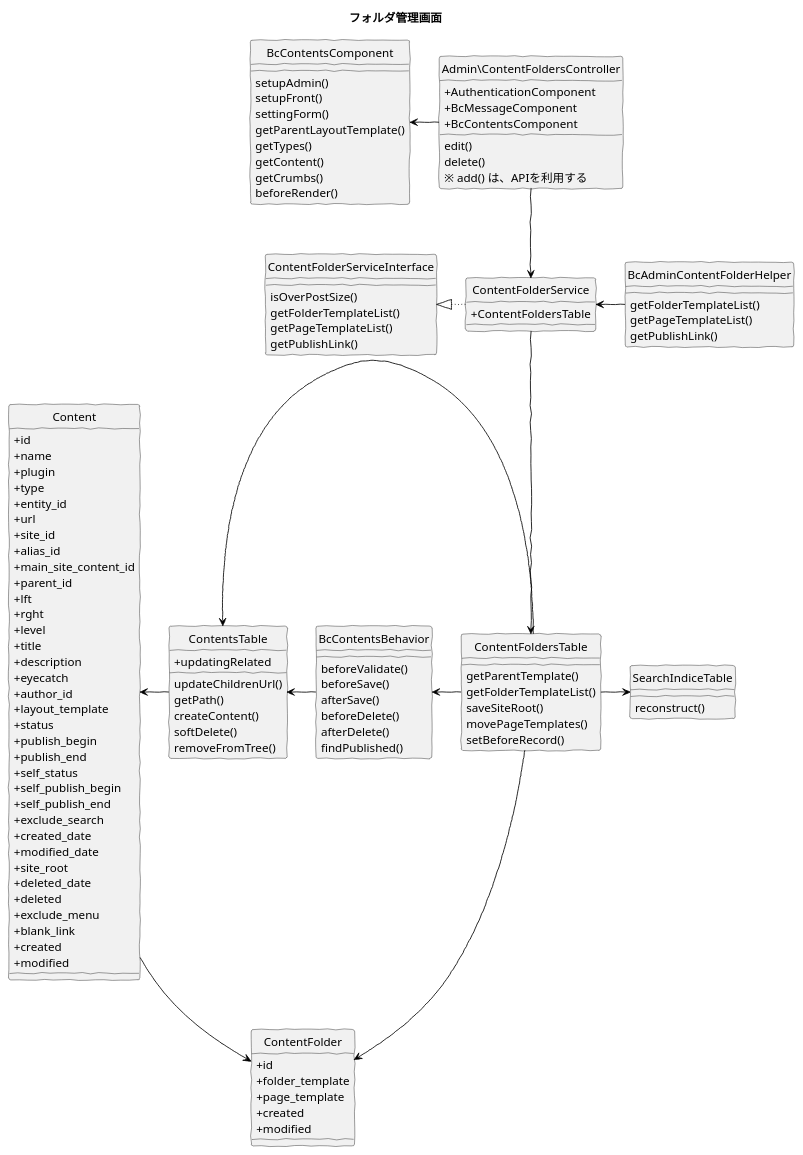
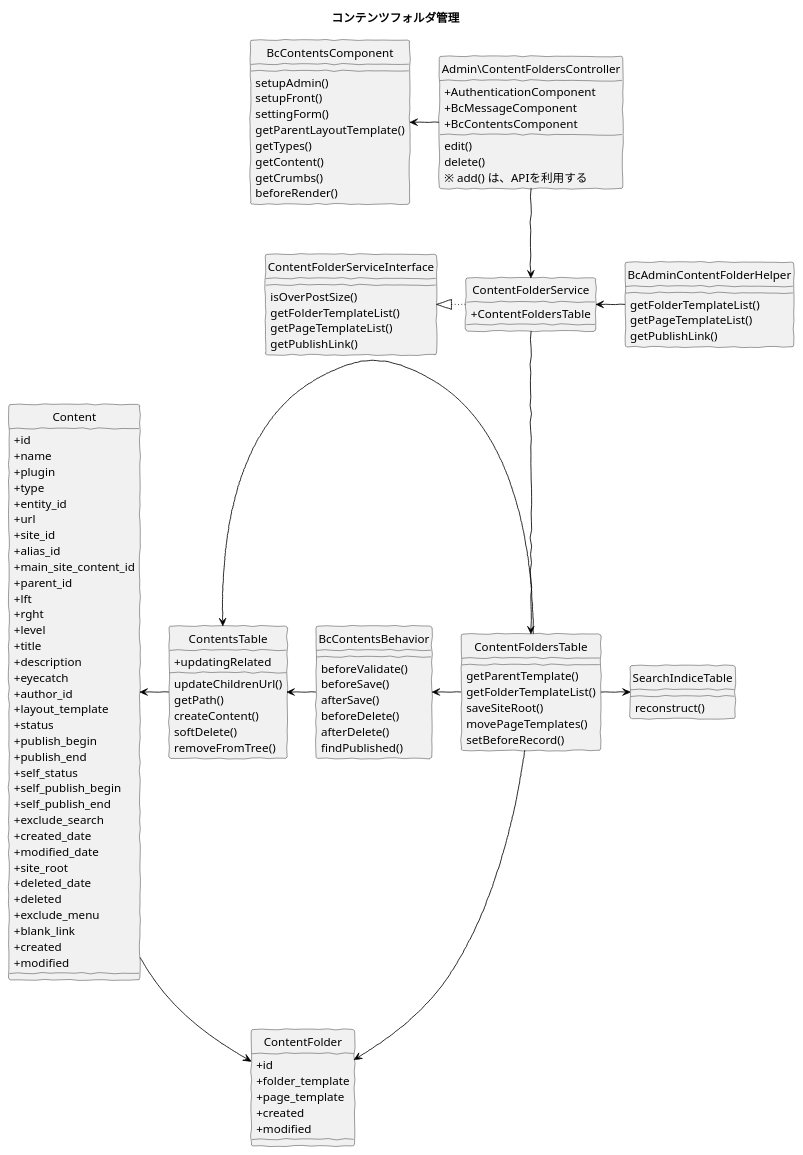
Before and after one commit to baserproject/baserproject.github.io: the diagram in src/puml/5/ucmitz/class/manage_content_folders.puml, drawn with PlantUML. The commit also changed 18 other files, not shown here.

```diff
--- a/src/puml/5/ucmitz/class/manage_content_folders.puml
+++ b/src/puml/5/ucmitz/class/manage_content_folders.puml
@@ -1,139 +1,139 @@
 @startuml
 skinparam handwritten true
 hide circle
 skinparam classAttributeIconSize 0
 
-title フォルダ管理画面
+title コンテンツフォルダ管理
 
 class BcContentsComponent {
     setupAdmin()
     setupFront()
     settingForm()
     getParentLayoutTemplate()
     getTypes()
     getContent()
     getCrumbs()
     beforeRender()
 }
 
 class Admin\ContentFoldersController {
     + AuthenticationComponent
     + BcMessageComponent
     + BcContentsComponent
     edit()
     delete()
     ※ add() は、APIを利用する
 }
 
 class BcAdminContentFolderHelper {
     getFolderTemplateList()
     getPageTemplateList()
     getPublishLink()
 }
 
 class ContentFolderService {
     + ContentFoldersTable
 }
 
 class ContentFolderServiceInterface {
     isOverPostSize()
     getFolderTemplateList()
     getPageTemplateList()
     getPublishLink()
 }
 
 class ContentFoldersTable {
     getParentTemplate()
     getFolderTemplateList()
     saveSiteRoot()
     movePageTemplates()
     setBeforeRecord()
 }
 
 class SearchIndiceTable {
     reconstruct()
 }
 
 class ContentFolder {
     + id
     + folder_template
     + page_template
     + created
     + modified
 }
 
 class BcContentsBehavior {
     beforeValidate()
     beforeSave()
     afterSave()
     beforeDelete()
     afterDelete()
     findPublished()
 }
 
 class ContentsTable {
     + updatingRelated
     updateChildrenUrl()
     getPath()
     createContent()
     softDelete()
     removeFromTree()
 }
 
 class Content {
     + id
     + name
     + plugin
     + type
     + entity_id
     + url
     + site_id
     + alias_id
     + main_site_content_id
     + parent_id
     + lft
     + rght
     + level
     + title
     + description
     + eyecatch
     + author_id
     + layout_template
     + status
     + publish_begin
     + publish_end
     + self_status
     + self_publish_begin
     + self_publish_end
     + exclude_search
     + created_date
     + modified_date
     + site_root
     + deleted_date
     + deleted
     + exclude_menu
     + blank_link
     + created
     + modified
 }
 
 Admin\ContentFoldersController -left[#Black]-> BcContentsComponent
 Admin\ContentFoldersController -down[#Black]-> ContentFolderService
 
 BcAdminContentFolderHelper -left[#Black]-> ContentFolderService
 
 ContentFolderService -left[dotted,#Black]-|> ContentFolderServiceInterface
 ContentFolderService -down[#Black]-> ContentFoldersTable
 
 ContentFoldersTable -right[#Black]-> SearchIndiceTable
 ContentFoldersTable -left[#Black]-> BcContentsBehavior
 ContentFoldersTable -left[#Black]-> ContentsTable
 ContentFoldersTable -down[#Black]-> ContentFolder
 
 BcContentsBehavior -left[#Black]-> ContentsTable
 
 ContentsTable -left[#Black]-> Content
 
 ContentFolder <-[#Black]- Content
 
 @enduml
```
